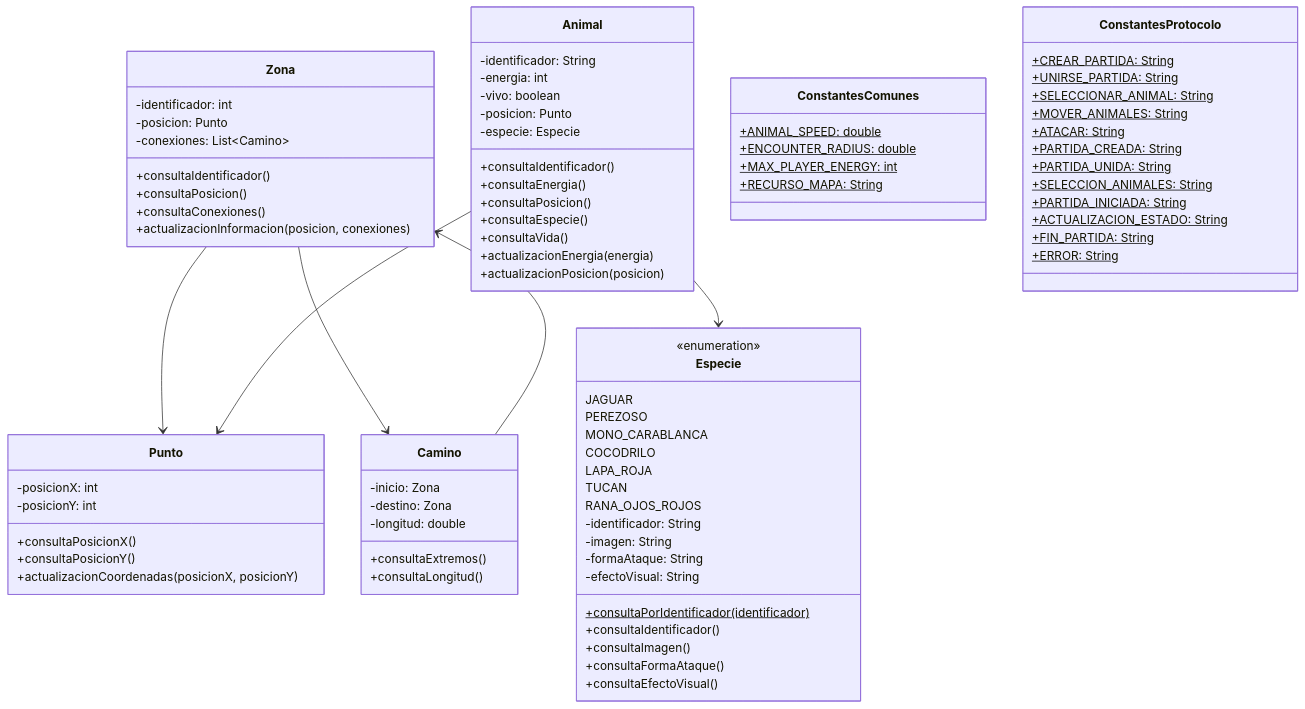
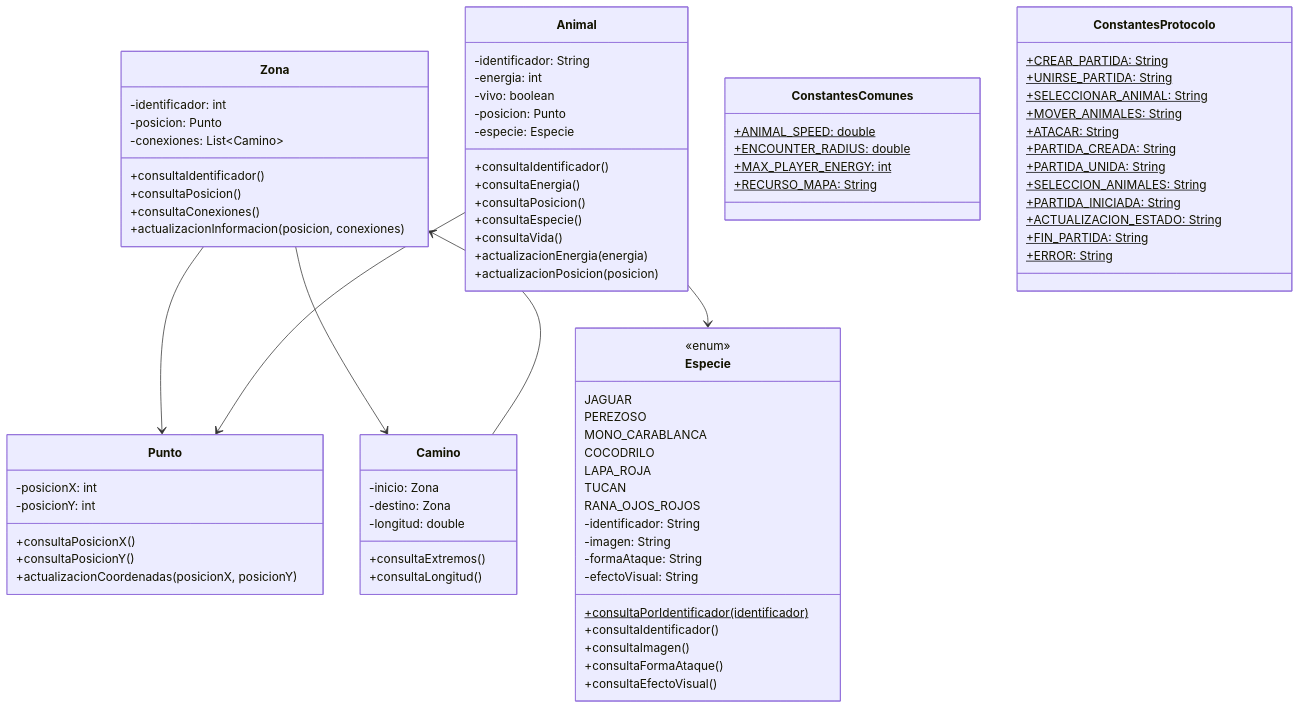
Before and after one commit to arishatrsv/JungleAttackCommon: the diagram in README.md, drawn with Mermaid.

```diff
--- a/README.md
+++ b/README.md
@@ -164,7 +164,7 @@
     }
 
     class Especie {
-        <<enumeration>>
+        <<enum>>
         JAGUAR
         PEREZOSO
         MONO_CARABLANCA
```
